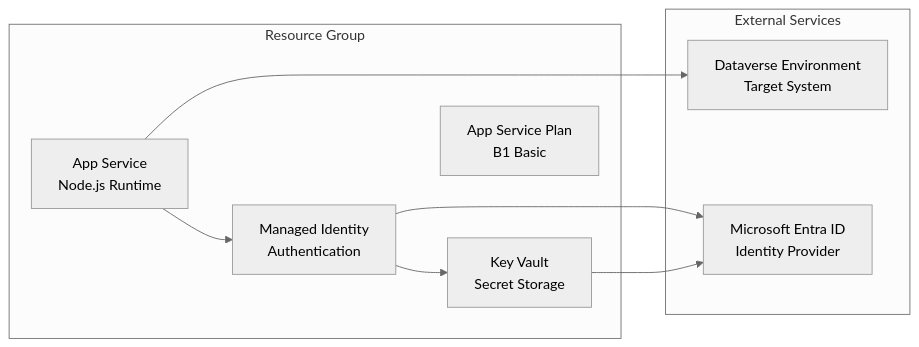
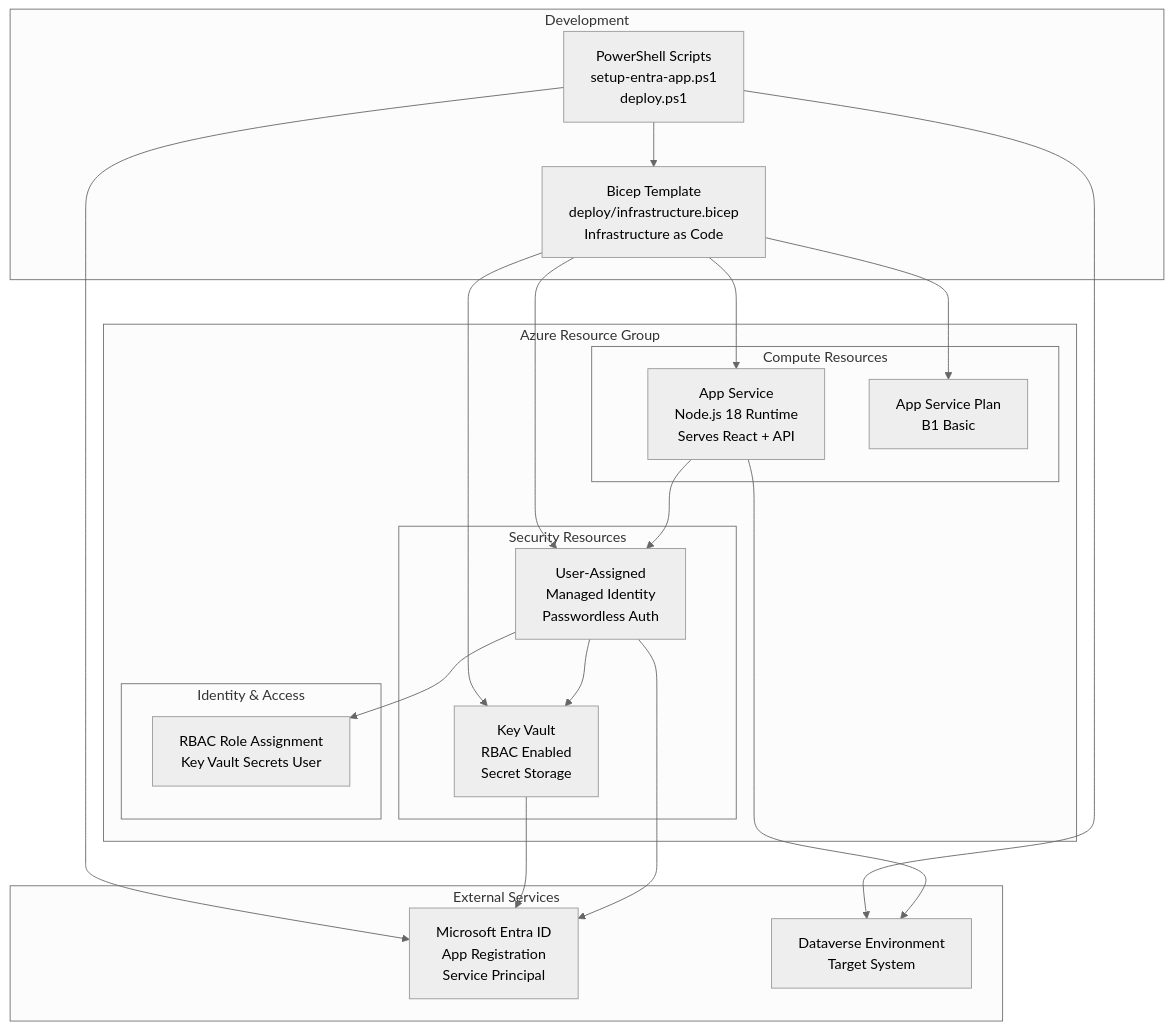
One commit to LuiseFreese/mermaid changed the fourth of 4 diagrams in docs/DEVELOPER_ARCHITECTURE.md. Above: the diagram before and after it, drawn with Mermaid (neutral theme). The commit also changed other lines of this file and 43 other files, not shown here.

````diff
--- a/docs/DEVELOPER_ARCHITECTURE.md
+++ b/docs/DEVELOPER_ARCHITECTURE.md
@@ -1173,20 +1488,42 @@
 ```mermaid
-graph LR
-    subgraph "Resource Group"
-        AS[App Service<br/>Node.js Runtime]
-        KV[Key Vault<br/>Secret Storage]
-        MI[Managed Identity<br/>Authentication]
-        ASP[App Service Plan<br/>B1 Basic]
+graph TB
+    subgraph "Azure Resource Group"
+        subgraph "Compute Resources"
+            AS[App Service<br/>Node.js 18 Runtime<br/>Serves React + API]
+            ASP[App Service Plan<br/>B1 Basic]
+        end
+        
+        subgraph "Security Resources"
+            MI[User-Assigned<br/>Managed Identity<br/>Passwordless Auth]
+            KV[Key Vault<br/>RBAC Enabled<br/>Secret Storage]
+        end
+        
+        subgraph "Identity & Access"
+            RBAC[RBAC Role Assignment<br/>Key Vault Secrets User]
+        end
     end
     
     subgraph "External Services"
+        ENTRA[Microsoft Entra ID<br/>App Registration<br/>Service Principal]
         DV[Dataverse Environment<br/>Target System]
-        ENTRA[Microsoft Entra ID<br/>Identity Provider]
+    end
+    
+    subgraph "Development"
+        BICEP[Bicep Template<br/>deploy/infrastructure.bicep<br/>Infrastructure as Code]
+        SCRIPTS[PowerShell Scripts<br/>setup-entra-app.ps1<br/>deploy.ps1]
     end
     
     AS --> MI
     MI --> KV
+    MI --> RBAC
     MI --> ENTRA
     AS --> DV
     KV --> ENTRA
+    BICEP --> AS
+    BICEP --> ASP
+    BICEP --> MI
+    BICEP --> KV
+    SCRIPTS --> BICEP
+    SCRIPTS --> ENTRA
+    SCRIPTS --> DV
 ```
````
